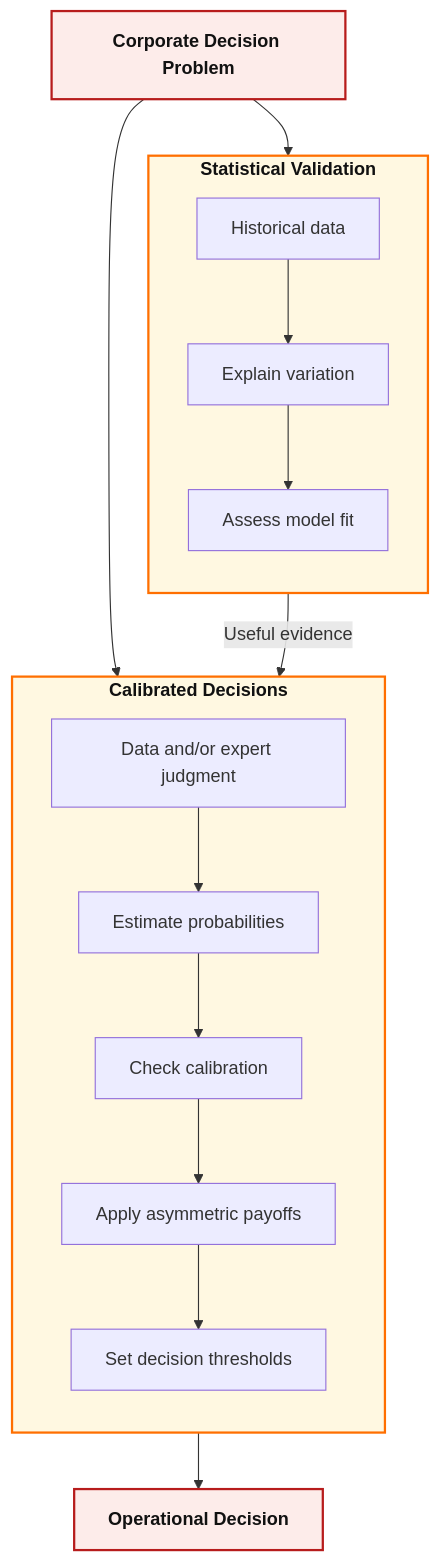
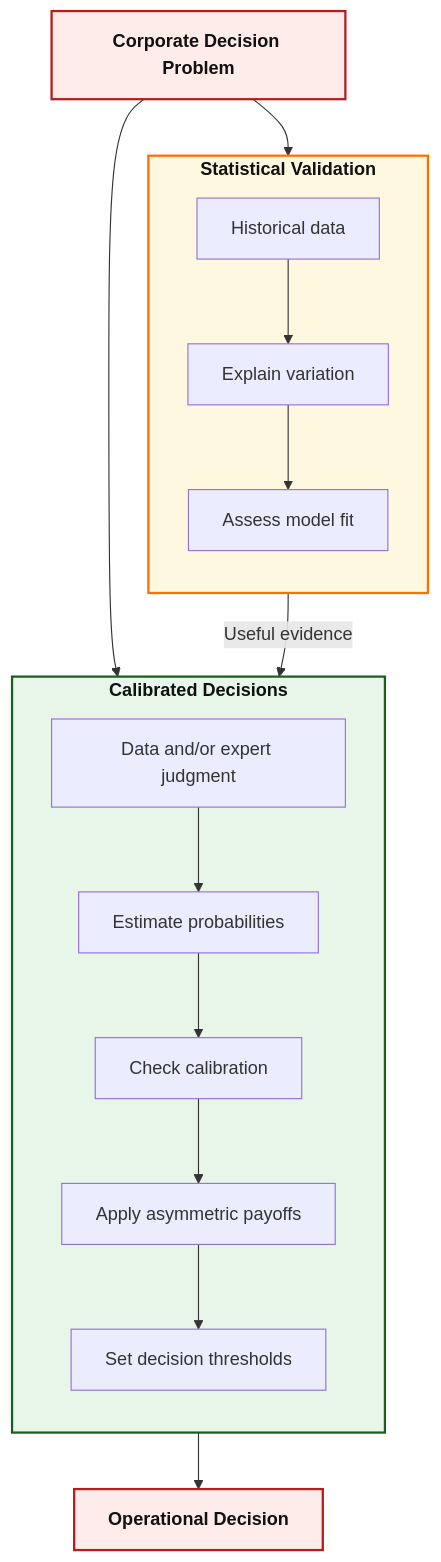
The diagram in work-notes/calibrated-decisions-revised.md (Tellusant/docs), drawn with Mermaid before and after one commit.

Commit message:
Change style color for node C in decision chart

```diff
--- a/work-notes/calibrated-decisions-revised.md
+++ b/work-notes/calibrated-decisions-revised.md
@@ -32,44 +32,44 @@
 <div class="mermaid">
 %%{init: {'themeVariables': { 'fontFamily': 'Arial'}}}%%
 flowchart TD
 
     A["`**Corporate Decision Problem**`"]:::red
 
     subgraph R["`**Statistical Validation**`"]
         direction TB
         R1["Historical data"]
         R2["Explain variation"]
         R3["Assess model fit"]
     end
 
     subgraph C["`**Calibrated Decisions**`"]
         direction TB
         C1["Data and/or expert judgment"]
         C2["Estimate probabilities"]
         C3["Check calibration"]
         C4["Apply asymmetric payoffs"]
         C5["Set decision thresholds"]
     end
 
     A --> R
     A --> C
 
     R1 --> R2 --> R3
     C1 --> C2 --> C3 --> C4 --> C5
 
     R3 -->|"Useful evidence"| C2
     C5 --> D["`**Operational Decision**`"]:::red
 
     %% ========= SUBGRAPH STYLES =========
     style R fill:#FFF8E1,stroke:#FF6F00,stroke-width:2px,color:#111;
-    style C fill:#FFF8E1,stroke:#FF6F00,stroke-width:2px,color:#111;
+    style C fill:#E8F5E9,stroke:#1B5E20,stroke-width:2px,color:#111;
 
     %% ========= NODE STYLES =========
     classDef red fill:#FDECEA,stroke:#B71C1C,stroke-width:2px,color:#111;
 classDef green   fill:#E8F5E9,stroke:#1B5E20,stroke-width:2px,color:#111;
 classDef blue    fill:#E3F2FD,stroke:#0D47A1,stroke-width:2px,color:#111;
 classDef orange  fill:#FFF8E1,stroke:#FF6F00,stroke-width:2px,color:#111;
 classDef grey    fill:#F5F5F5,stroke:#424242,stroke-width:2px,color:#111;
 classDef base    fill:#ECECFF,stroke:#9370DB,stroke-width:2px,color:#111;
 classDef clear   fill:transparent,stroke:transparent;
 </div>
```
